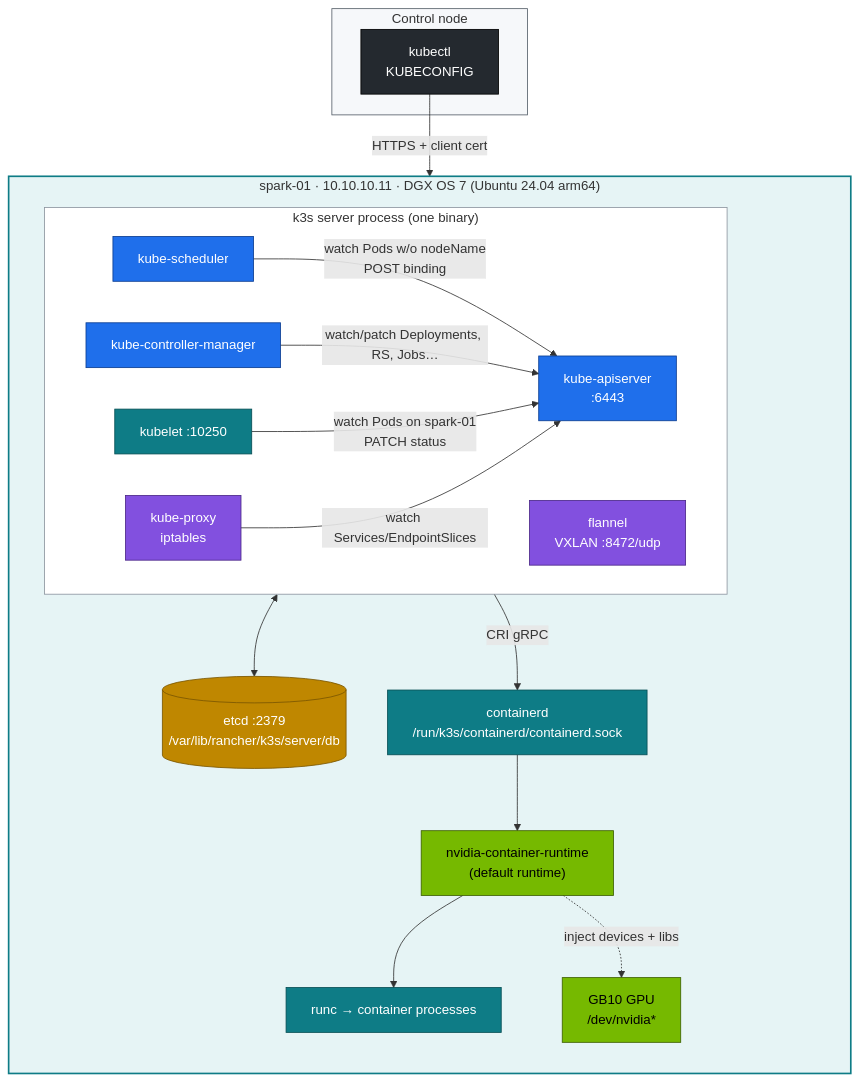
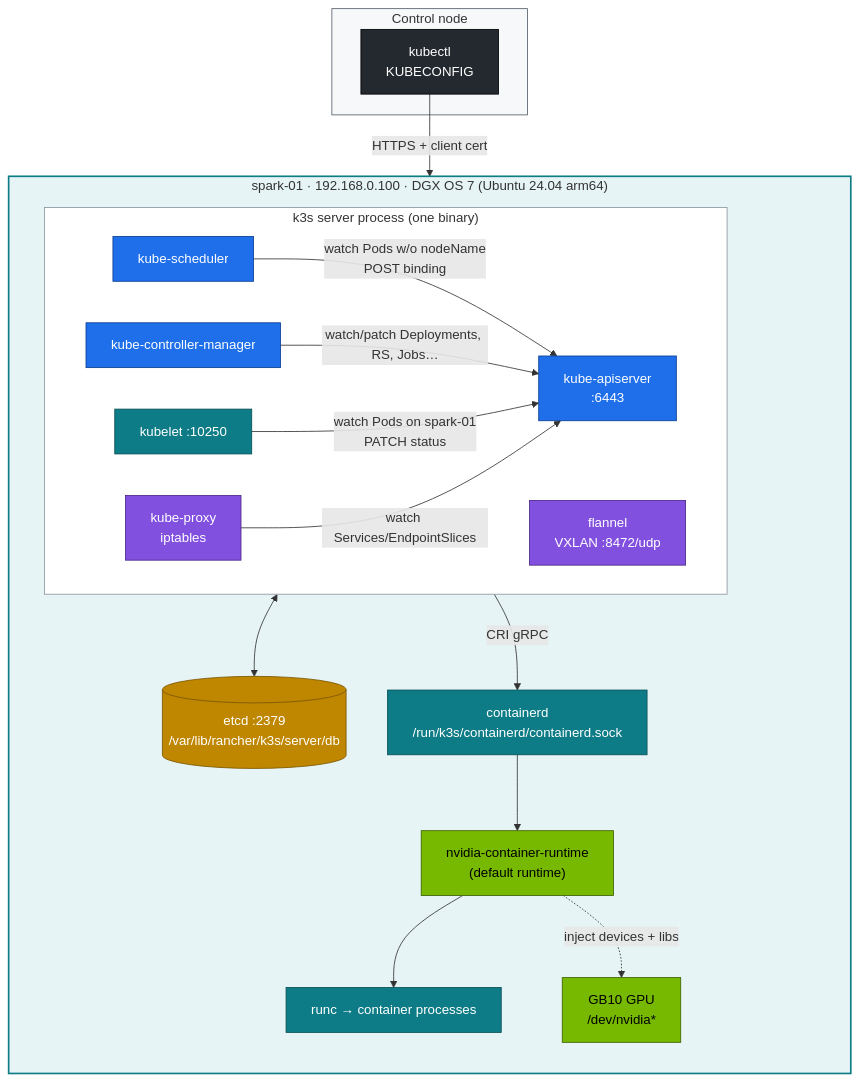
One commit to cloudone365/technical-depth changed the first of 3 diagrams in 02 Kubernetes/01-kubernetes-core-architecture.md. Above: the diagram before and after it, drawn with Mermaid. The commit also changed other lines of this file and 57 other files, not shown here.

````diff
--- a/02 Kubernetes/01-kubernetes-core-architecture.md
+++ b/02 Kubernetes/01-kubernetes-core-architecture.md
@@ -32,46 +32,46 @@
 ```mermaid
 flowchart TB
   subgraph LAPTOP["Control node"]
     KC["kubectl<br/>KUBECONFIG"]
   end
-  subgraph SPARK["spark-01 · 10.10.10.11 · DGX OS 7 (Ubuntu 24.04 arm64)"]
+  subgraph SPARK["spark-01 · 192.168.0.100 · DGX OS 7 (Ubuntu 24.04 arm64)"]
     direction TB
     subgraph K3S["k3s server process (one binary)"]
       direction LR
       API["kube-apiserver<br/>:6443"]
       SCH["kube-scheduler"]
       CM["kube-controller-manager"]
       KL["kubelet :10250"]
       KP["kube-proxy<br/>iptables"]
       FL["flannel<br/>VXLAN :8472/udp"]
     end
     ETCD[("etcd :2379<br/>/var/lib/rancher/k3s/server/db")]
     CTRD["containerd<br/>/run/k3s/containerd/containerd.sock"]
     NVR["nvidia-container-runtime<br/>(default runtime)"]
     RUNC["runc → container processes"]
     GB10["GB10 GPU<br/>/dev/nvidia*"]
   end
   KC -->|"HTTPS + client cert"| API
   API <--> ETCD
   SCH -->|"watch Pods w/o nodeName<br/>POST binding"| API
   CM -->|"watch/patch Deployments, RS, Jobs…"| API
   KL -->|"watch Pods on spark-01<br/>PATCH status"| API
   KP -->|"watch Services/EndpointSlices"| API
   KL -->|CRI gRPC| CTRD --> NVR --> RUNC
   NVR -.->|"inject devices + libs"| GB10
   classDef ctrl fill:#1f6feb,stroke:#0b3d91,color:#fff
   classDef node fill:#0e7c86,stroke:#064e54,color:#fff
   classDef gpu fill:#76b900,stroke:#3d6000,color:#000
   classDef net fill:#8250df,stroke:#4c2889,color:#fff
   classDef store fill:#bf8700,stroke:#7a5600,color:#fff
   classDef ext fill:#24292f,stroke:#000,color:#fff
   class API,SCH,CM ctrl
   class KL,CTRD,RUNC node
   class KP,FL net
   class ETCD store
   class GB10,NVR gpu
   class KC ext
   style SPARK fill:#e6f4f5,stroke:#0e7c86,stroke-width:2px
   style K3S fill:#ffffff,stroke:#8c959f
   style LAPTOP fill:#f6f8fa,stroke:#57606a
 ```
````
